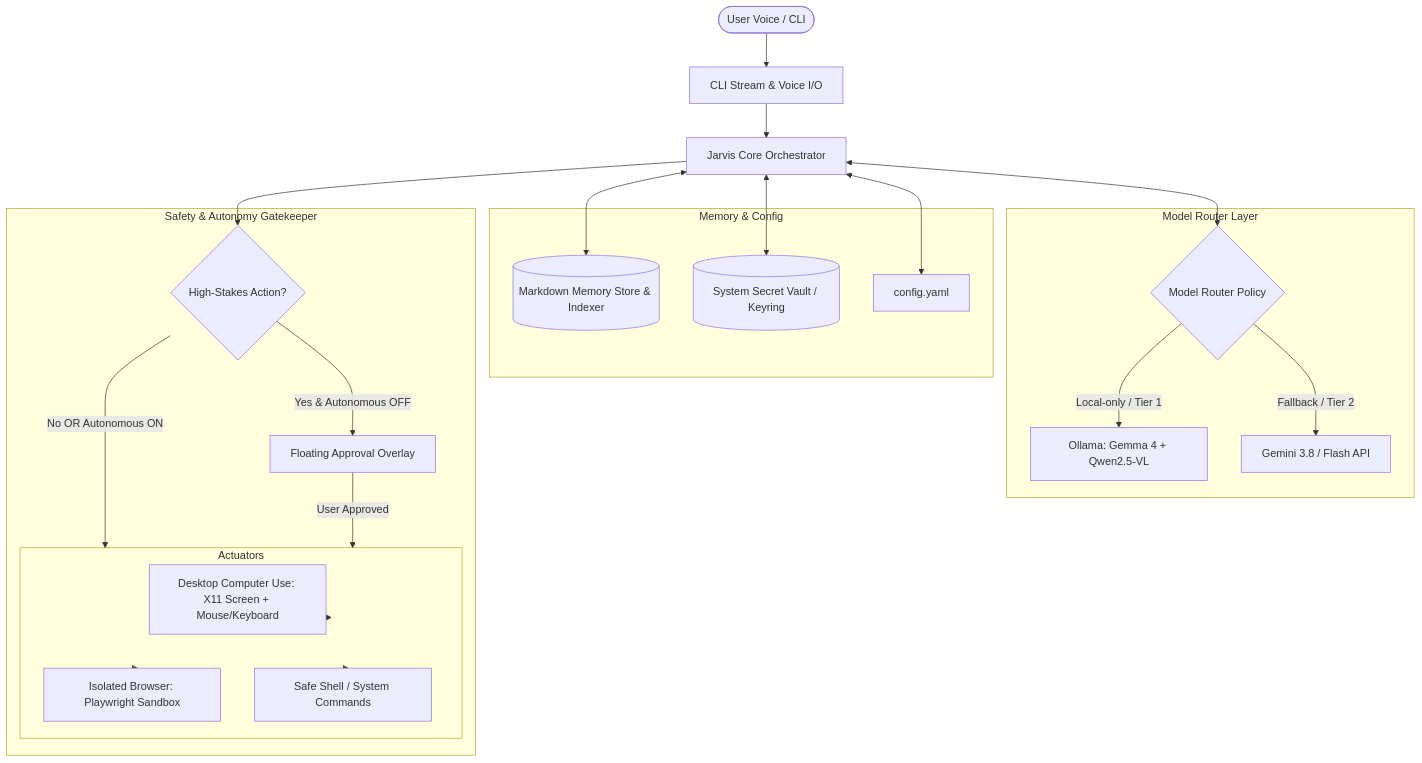
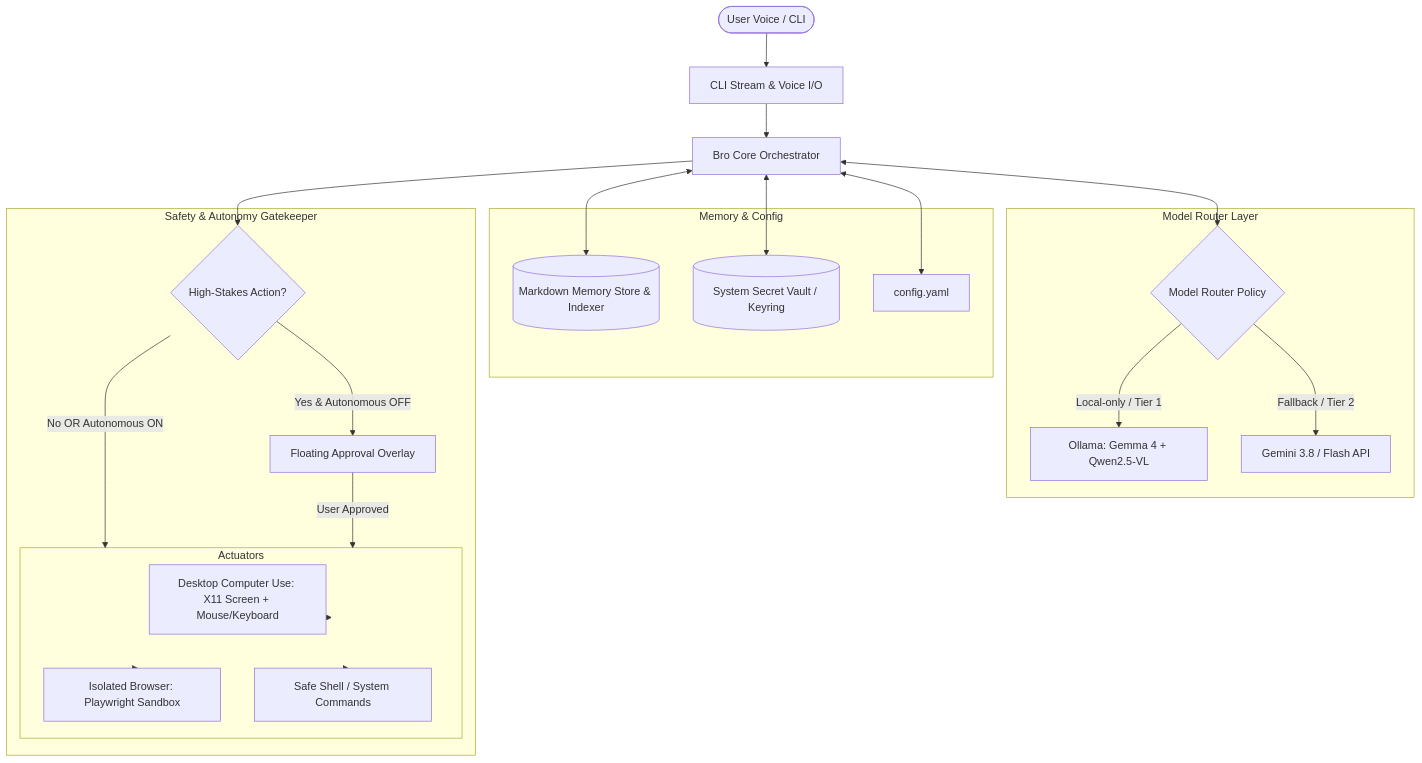
Before and after one commit to pritamprasd/bro: the diagram in custom-docs/1_impl_plan.md, drawn with Mermaid. The commit also changed other lines of this file and 162 other files, not shown here.

````diff
--- a/custom-docs/1_impl_plan.md
+++ b/custom-docs/1_impl_plan.md
@@ -29,38 +29,38 @@
 ```mermaid
 graph TD
     User([User Voice / CLI]) --> UI[CLI Stream & Voice I/O]
-    UI --> Core[Jarvis Core Orchestrator]
+    UI --> Core[Bro Core Orchestrator]
     
     subgraph Memory & Config
         Mem[(Markdown Memory Store & Indexer)]
         Vault[(System Secret Vault / Keyring)]
         Config[config.yaml]
     end
     
     Core <--> Mem
     Core <--> Vault
     Core <--> Config
     
     subgraph Model Router Layer
         Router{Model Router Policy}
         Router -->|Local-only / Tier 1| Ollama[Ollama: Gemma 4 + Qwen2.5-VL]
         Router -->|Fallback / Tier 2| Gemini[Gemini 3.8 / Flash API]
     end
     
     Core <--> Router
     
     subgraph Safety & Autonomy Gatekeeper
         Gatekeeper{High-Stakes Action?}
         Gatekeeper -->|Yes & Autonomous OFF| Overlay[Floating Approval Overlay]
         Gatekeeper -->|No OR Autonomous ON| Actuators
         Overlay -->|User Approved| Actuators
     end
     
     Core --> Gatekeeper
     
     subgraph Actuators
         Actuators --> Desktop[Desktop Computer Use: X11 Screen + Mouse/Keyboard]
         Actuators --> Browser[Isolated Browser: Playwright Sandbox]
         Actuators --> Terminal[Safe Shell / System Commands]
     end
 ```
````
